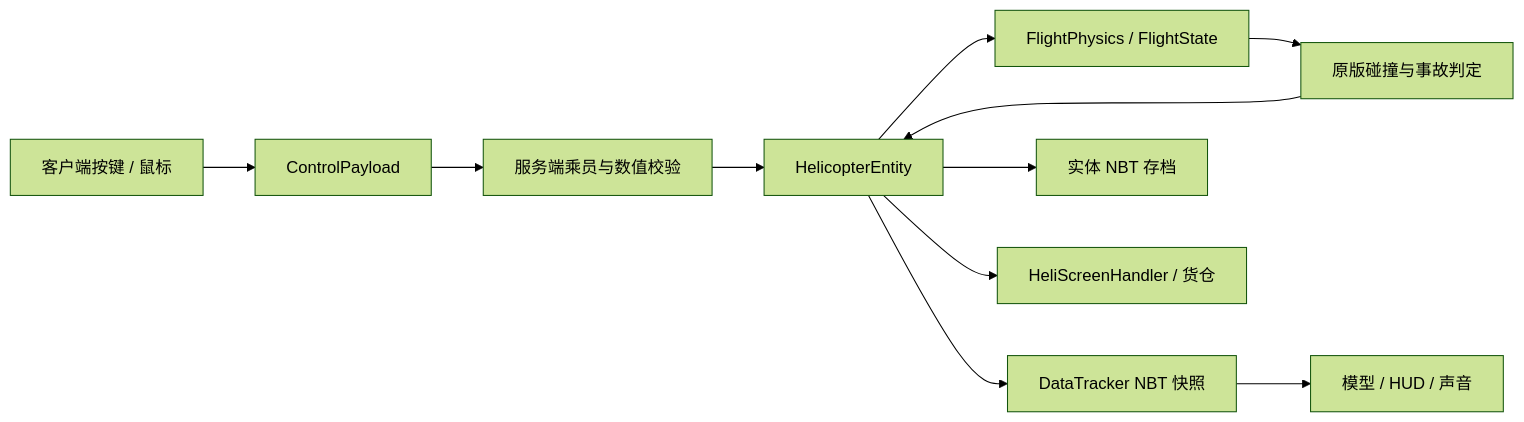
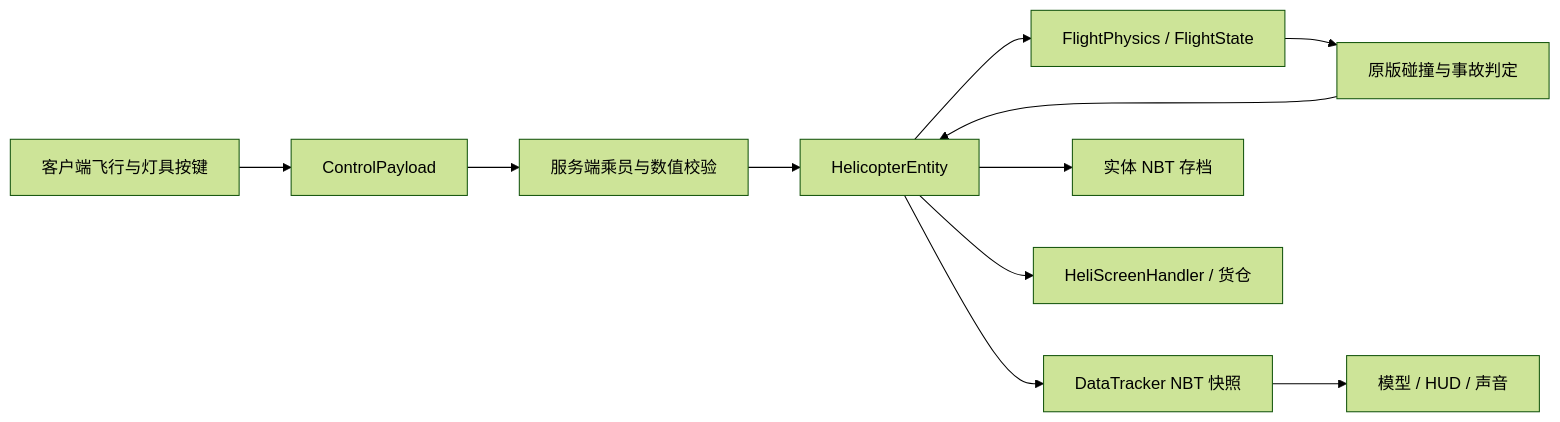
One commit to CoolPorridge223/No.24_Heli changed the diagram in 开发手册.md. Above: the diagram before and after it, drawn with Mermaid (forest theme). The commit also changed other lines of this file and 28 other files, not shown here.

````diff
--- a/开发手册.md
+++ b/开发手册.md
@@ -15,13 +15,13 @@
 ```mermaid
 flowchart LR
-    Input[客户端按键 / 鼠标] --> Payload[ControlPayload]
+    Input[客户端飞行与灯具按键] --> Payload[ControlPayload]
     Payload --> Gate[服务端乘员与数值校验]
     Gate --> Entity[HelicopterEntity]
     Entity --> Physics[FlightPhysics / FlightState]
     Physics --> Collision[原版碰撞与事故判定]
     Collision --> Entity
     Entity --> Snapshot[DataTracker NBT 快照]
     Snapshot --> View[模型 / HUD / 声音]
     Entity --> Save[实体 NBT 存档]
     Entity --> Inventory[HeliScreenHandler / 货仓]
 ```
````
